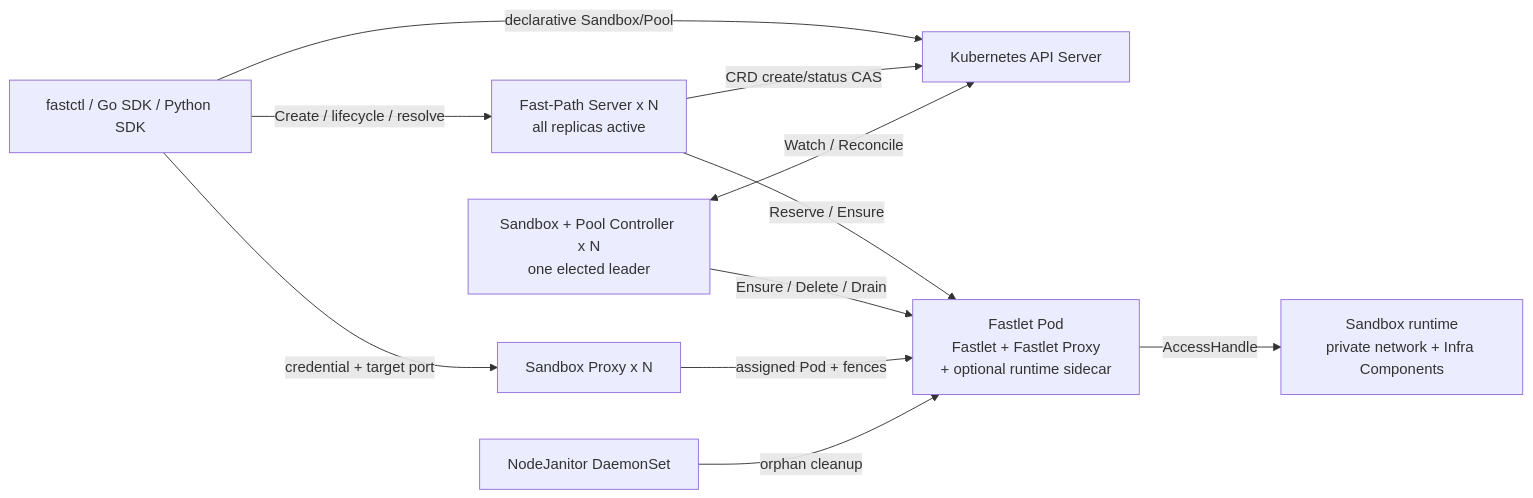
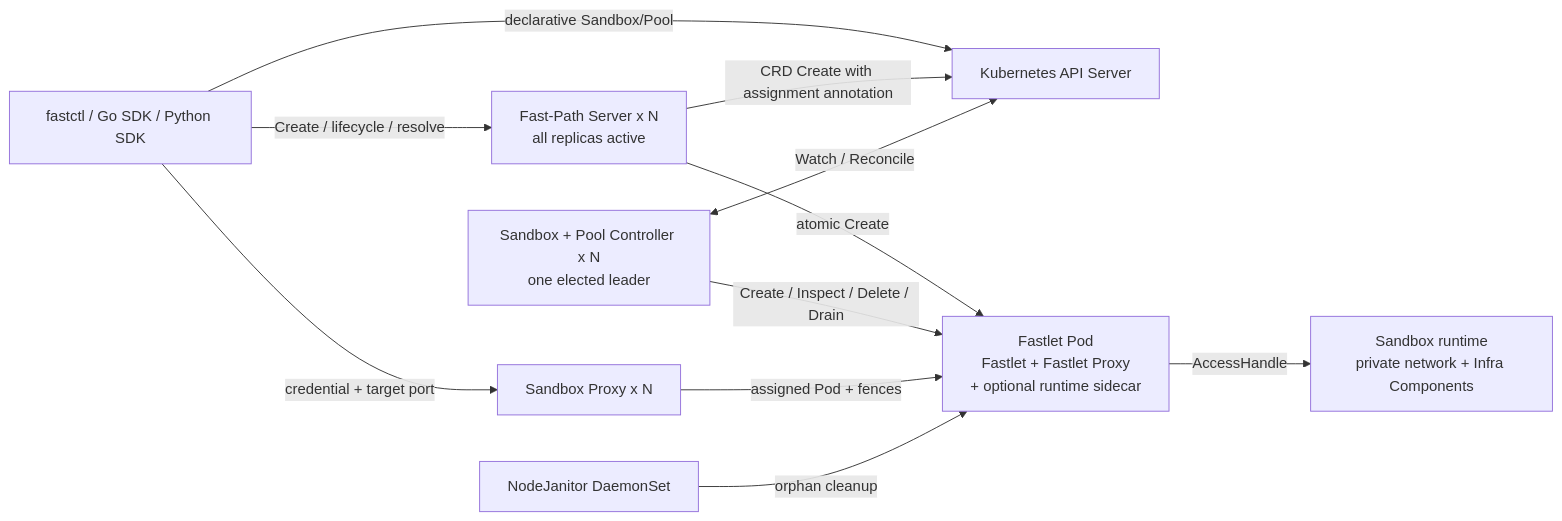
Before and after one commit to opensandbox-group/fast-sandbox: the first of 2 diagrams in ARCHITECTURE.md, drawn with Mermaid. The commit also changed other lines of this file and 89 other files, not shown here.

````diff
--- a/ARCHITECTURE.md
+++ b/ARCHITECTURE.md
@@ -21,22 +21,22 @@
 ```mermaid
 flowchart LR
   Client["fastctl / Go SDK / Python SDK"]
   API["Kubernetes API Server"]
   FP["Fast-Path Server x N<br/>all replicas active"]
   Controller["Sandbox + Pool Controller x N<br/>one elected leader"]
   SP["Sandbox Proxy x N"]
   FPOD["Fastlet Pod<br/>Fastlet + Fastlet Proxy<br/>+ optional runtime sidecar"]
   SB["Sandbox runtime<br/>private network + Infra Components"]
   Janitor["NodeJanitor DaemonSet"]
 
   Client -->|"Create / lifecycle / resolve"| FP
   Client -->|"declarative Sandbox/Pool"| API
-  FP -->|"CRD create/status CAS"| API
+  FP -->|"CRD Create with assignment annotation"| API
   Controller <-->|"Watch / Reconcile"| API
-  FP -->|"Reserve / Ensure"| FPOD
-  Controller -->|"Ensure / Delete / Drain"| FPOD
+  FP -->|"atomic Create"| FPOD
+  Controller -->|"Create / Inspect / Delete / Drain"| FPOD
   Client -->|"credential + target port"| SP
   SP -->|"assigned Pod + fences"| FPOD
   FPOD -->|"AccessHandle"| SB
   Janitor -->|"orphan cleanup"| FPOD
 ```
````
